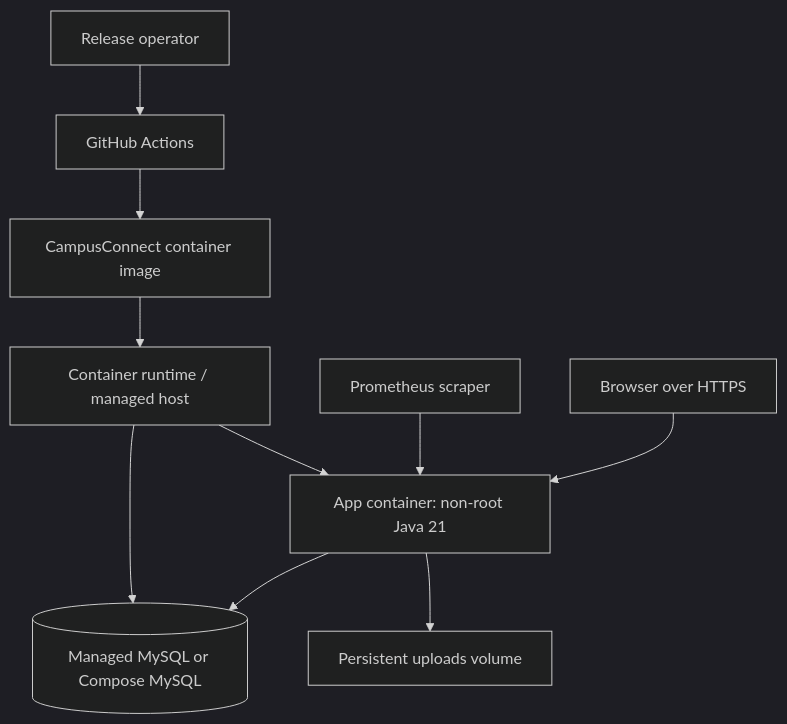
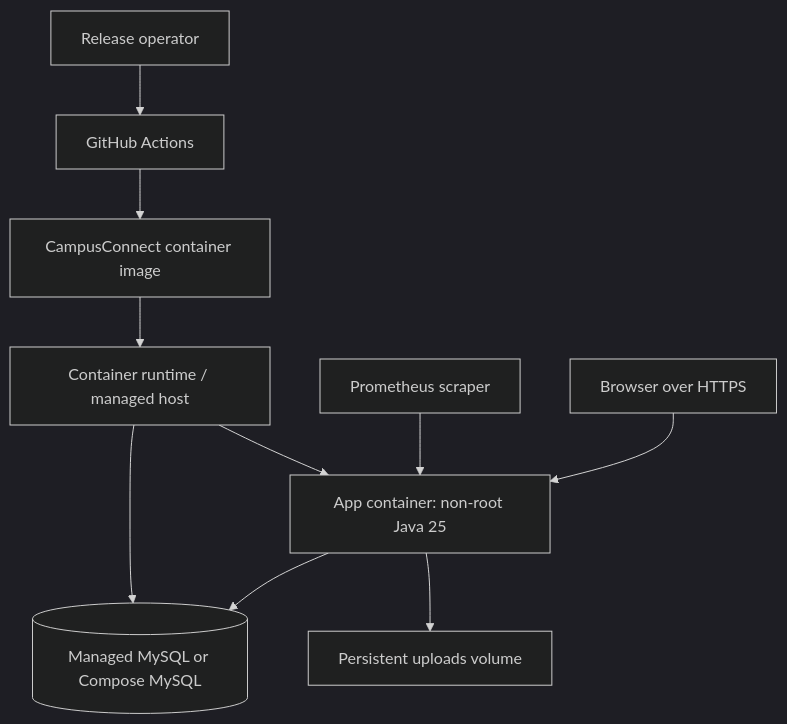
Before and after one commit to tejaswin-amara/campus-event-manager: the fourth of 4 diagrams in docs/architecture/README.md, drawn with Mermaid (dark theme). The commit also changed other lines of this file and 14 other files, not shown here.

````diff
--- a/docs/architecture/README.md
+++ b/docs/architecture/README.md
@@ -74,12 +74,12 @@
 ```mermaid
 flowchart TB
     Operator[Release operator] --> CI[GitHub Actions]
     CI --> Image[CampusConnect container image]
     Image --> Runtime[Container runtime / managed host]
-    Runtime --> App[App container: non-root Java 21]
+    Runtime --> App[App container: non-root Java 25]
     Runtime --> DB[(Managed MySQL or Compose MySQL)]
     App --> DB
     App --> Volume[Persistent uploads volume]
     Scraper[Prometheus scraper] --> App
     User[Browser over HTTPS] --> App
 ```
````
